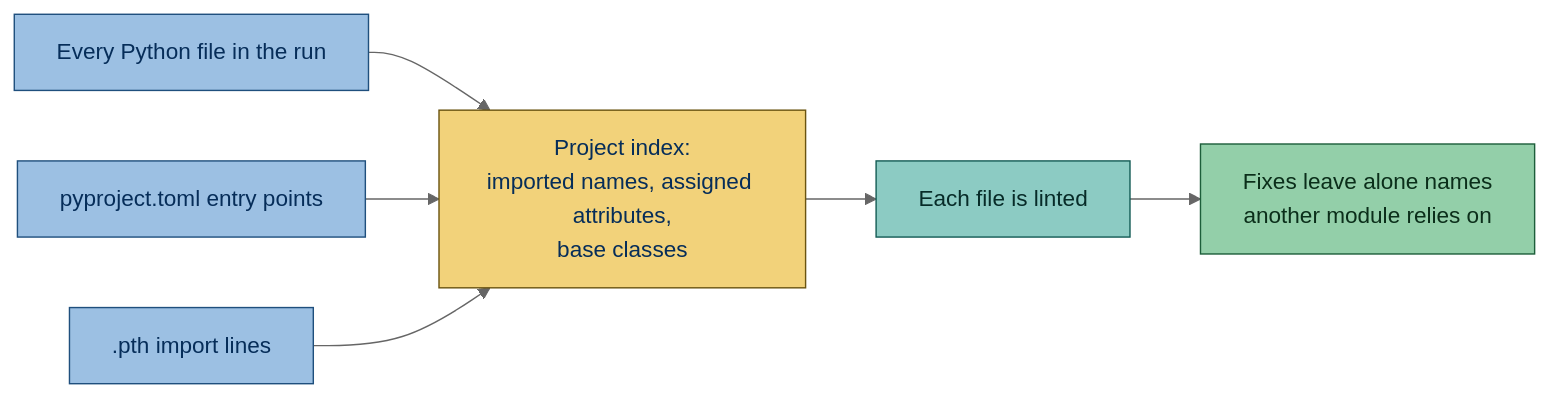
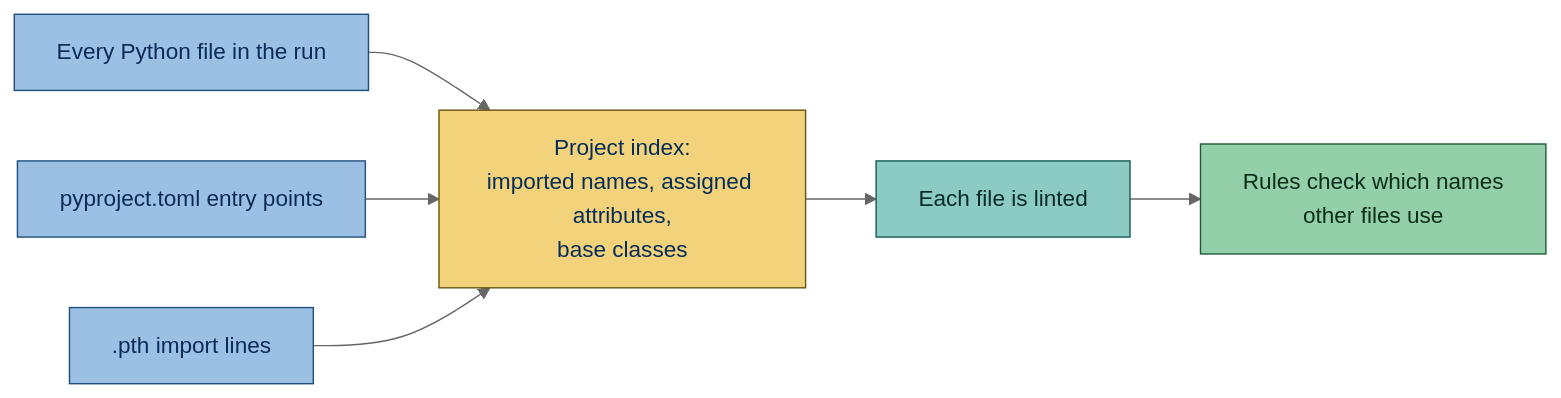
One commit to gaborbernat/simplint changed the first of 2 diagrams in docs/explanation/how-it-works.rst. Above: the diagram before and after it, drawn with Mermaid (neutral theme). The commit also changed other lines of this file and 535 other files, not shown here.

```diff
--- a/docs/explanation/how-it-works.rst
+++ b/docs/explanation/how-it-works.rst
@@ -22,17 +15,17 @@
 .. mermaid::
 
     flowchart LR
         files["Every Python file in the run"] --> index["Project index:<br/>imported names, assigned attributes,<br/>base classes"]
         entry["pyproject.toml entry points"] --> index
         pth[".pth import lines"] --> index
         index --> lint["Each file is linted"]
-        lint --> fix["Fixes leave alone names<br/>another module relies on"]
+        lint --> fix["Rules check which names<br/>other files use"]
         classDef blue fill:#9cc0e3,stroke:#1f4f7d,color:#062d59
         classDef yellow fill:#f2d27a,stroke:#6b5410,color:#062d59
         classDef green fill:#93cfa9,stroke:#1d5e3a,color:#0b2e1a
         classDef teal fill:#8ccbc3,stroke:#145c55,color:#072b28
         classDef orange fill:#f0b48c,stroke:#8a3d12,color:#3d1606
         class files,entry,pth blue
         class index yellow
         class lint teal
         class fix green
```
